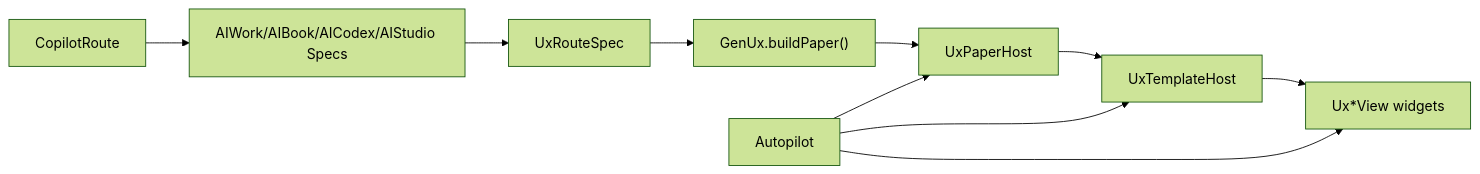
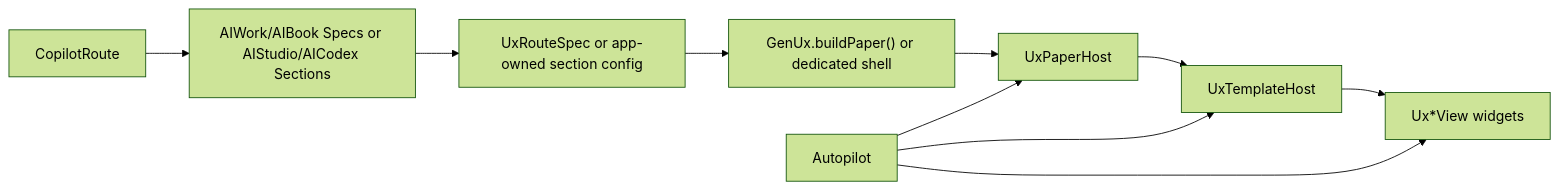
Before and after one commit to githubflutter/genrp: the second of 4 diagrams in docs/project_deep_analysis.md, drawn with Mermaid (forest theme). The commit also changed other lines of this file and 11 other files, not shown here.

Commit message:
refactor: re-implement AIStudio and AICodex app sections with dedicated classes and hard-coded routes, removing generic UX schema and AIBook JSON spec.

````diff
--- a/docs/project_deep_analysis.md
+++ b/docs/project_deep_analysis.md
@@ -376,16 +376,16 @@
 ```mermaid
 flowchart LR
     Route["CopilotRoute"]
-    Specs["AIWork/AIBook/AICodex/AIStudio Specs"]
-    RS["UxRouteSpec"]
-    GX["GenUx.buildPaper()"]
+    Specs["AIWork/AIBook Specs or AIStudio/AICodex Sections"]
+    RS["UxRouteSpec or app-owned section config"]
+    GX["GenUx.buildPaper() or dedicated shell"]
     PH["UxPaperHost"]
     TH["UxTemplateHost"]
     VW["Ux*View widgets"]
     AP["Autopilot"]
 
     Route --> Specs --> RS --> GX --> PH --> TH --> VW
     AP --> PH
     AP --> TH
     AP --> VW
 ```
````
